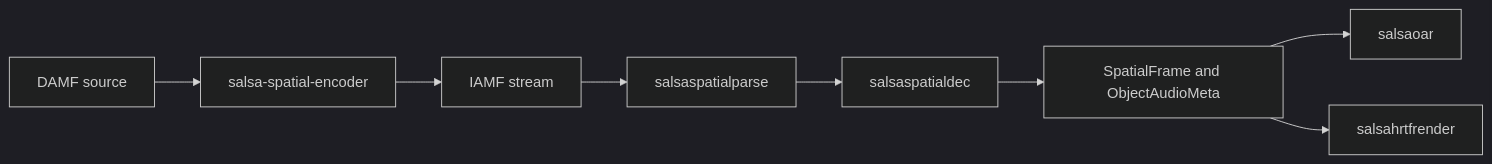
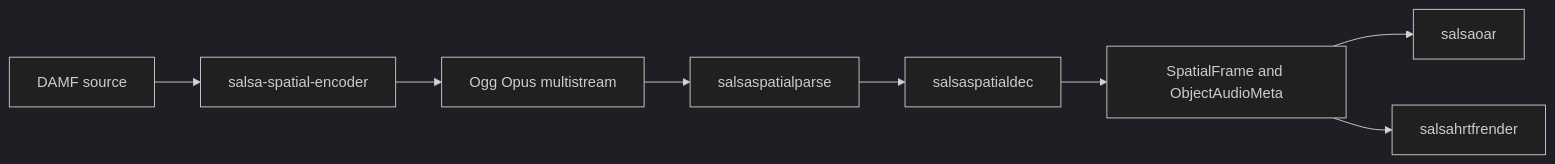
One commit to yuygfgg/salsa changed the diagram in docs/salsa-spatial-implementation.md. Above: the diagram before and after it, drawn with Mermaid (dark theme). The commit also changed other lines of this file and 41 other files, not shown here.

```diff
--- a/docs/salsa-spatial-implementation.md
+++ b/docs/salsa-spatial-implementation.md
@@ -119,10 +136,10 @@
 ~~~mermaid
 flowchart LR
     S["DAMF source"] --> E["salsa-spatial-encoder"]
-    E --> I["IAMF stream"]
+    E --> I["Ogg Opus multistream"]
     I --> P["salsaspatialparse"]
     P --> D["salsaspatialdec"]
     D --> F["SpatialFrame and ObjectAudioMeta"]
     F --> A["salsaoar"]
     F --> H["salsahrtfrender"]
 ~~~
```
